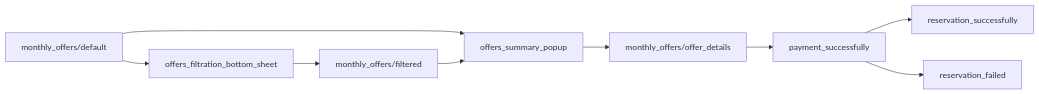
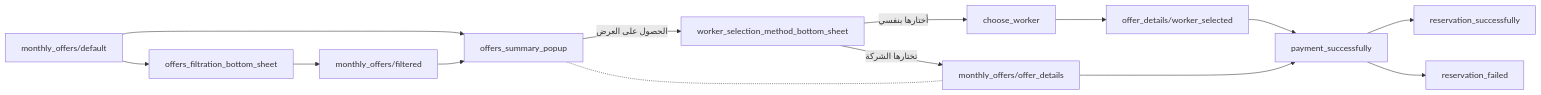
Before and after one commit to mmsanad7/belkhedma: the diagram in project/product/features/monthly-and-medical.md, drawn with Mermaid. The commit also changed other lines of this file and 8 other files, not shown here.

Commit message:
Add worker selection flow to monthly services (decision 0008)

````diff
--- a/project/product/features/monthly-and-medical.md
+++ b/project/product/features/monthly-and-medical.md
@@ -7,11 +7,15 @@
 ```mermaid
 flowchart LR
     A["monthly_offers/default"] --> F["offers_filtration_bottom_sheet"]
     F --> A2["monthly_offers/filtered"]
     A --> P["offers_summary_popup"]
     A2 --> P
-    P --> D["monthly_offers/offer_details"]
+    P -->|"الحصول على العرض"| WM["worker_selection_method_bottom_sheet"]
+    WM -->|"تختارها الشركة"| D
+    WM -->|"أختارها بنفسي"| CW["choose_worker"] --> D2["offer_details/worker_selected"]
+    D2 --> PS
+    P -.- D["monthly_offers/offer_details"]
     D --> PS["payment_successfully"]
     PS --> OK["reservation_successfully"]
     PS --> FAIL["reservation_failed"]
 ```
````
